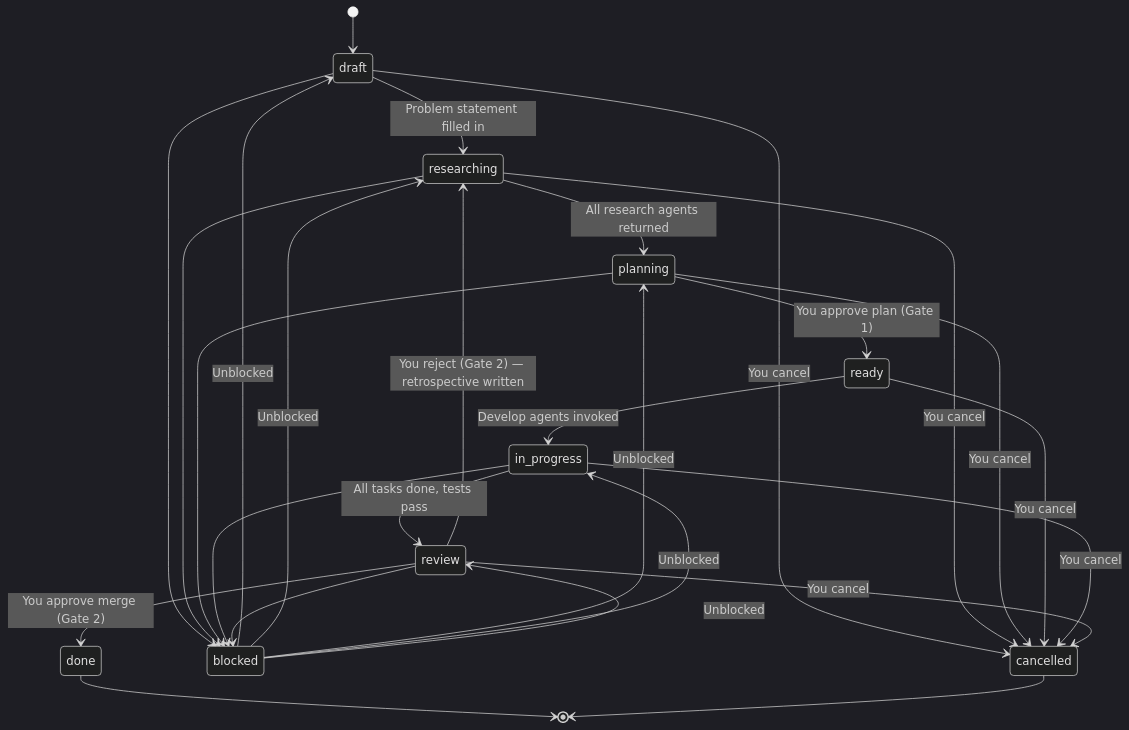
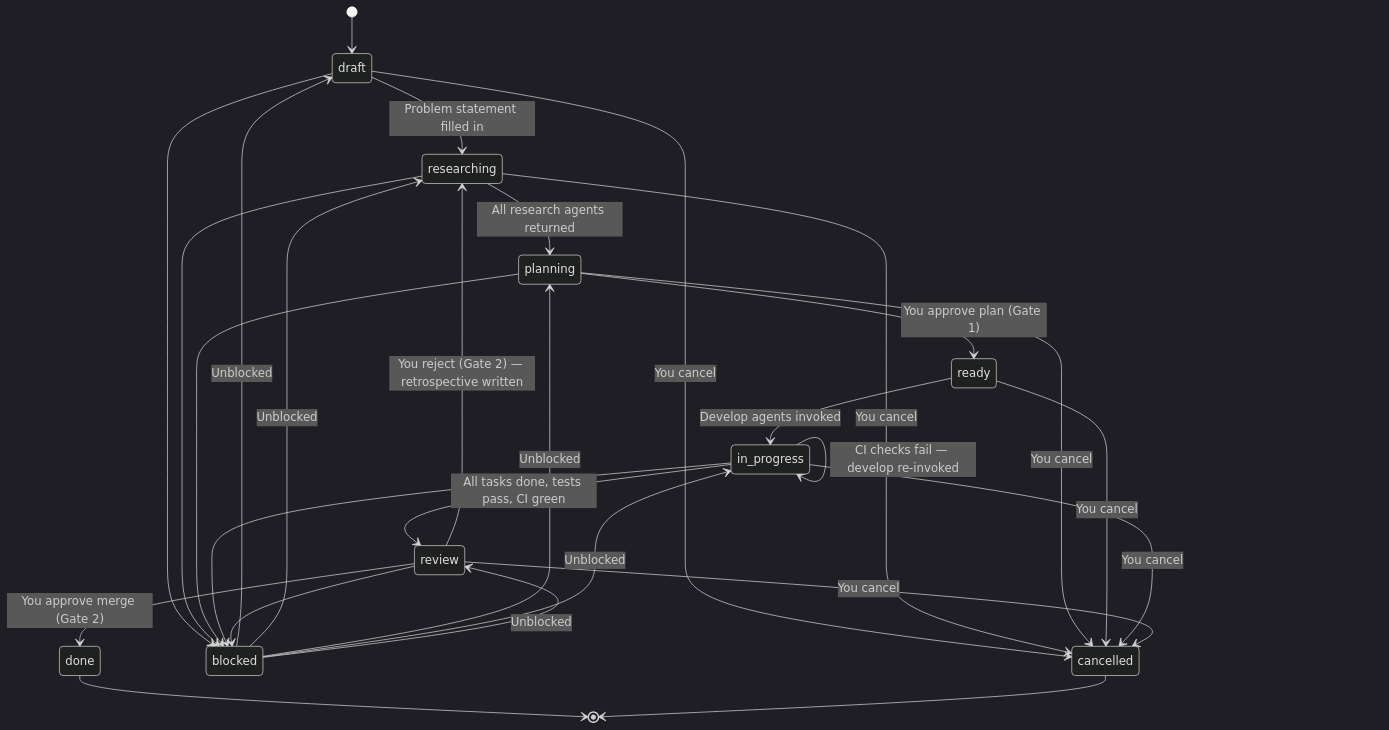
One commit to Mpfk/auto changed the third of 5 diagrams in docs/auto/agent-flow.md. Above: the diagram before and after it, drawn with Mermaid (dark theme). The commit also changed other lines of this file and 3 other files, not shown here.

````diff
--- a/docs/auto/agent-flow.md
+++ b/docs/auto/agent-flow.md
@@ -189,32 +193,33 @@
 ```mermaid
 stateDiagram-v2
     [*] --> draft
     draft --> researching : Problem statement filled in
     researching --> planning : All research agents returned
     planning --> ready : You approve plan (Gate 1)
     ready --> in_progress : Develop agents invoked
-    in_progress --> review : All tasks done, tests pass
+    in_progress --> review : All tasks done, tests pass, CI green
+    in_progress --> in_progress : CI checks fail — develop re-invoked
     review --> done : You approve merge (Gate 2)
     review --> researching : You reject (Gate 2) — retrospective written
 
     draft --> blocked
     researching --> blocked
     planning --> blocked
     in_progress --> blocked
     review --> blocked
     blocked --> draft : Unblocked
     blocked --> researching : Unblocked
     blocked --> planning : Unblocked
     blocked --> in_progress : Unblocked
     blocked --> review : Unblocked
 
     draft --> cancelled : You cancel
     researching --> cancelled : You cancel
     planning --> cancelled : You cancel
     ready --> cancelled : You cancel
     in_progress --> cancelled : You cancel
     review --> cancelled : You cancel
 
     done --> [*]
     cancelled --> [*]
 ```
````
